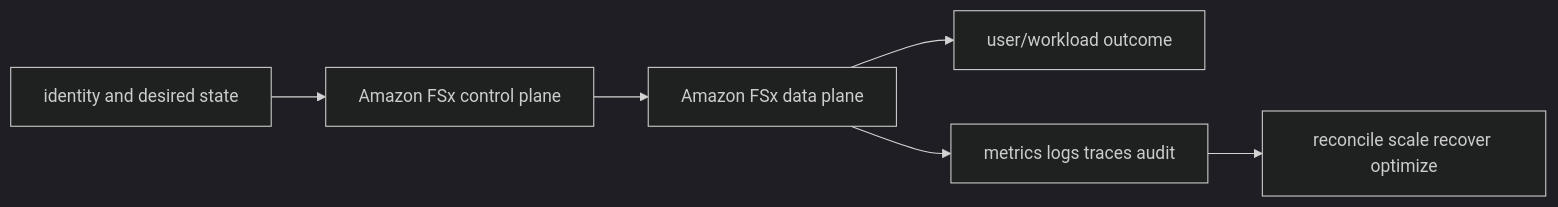
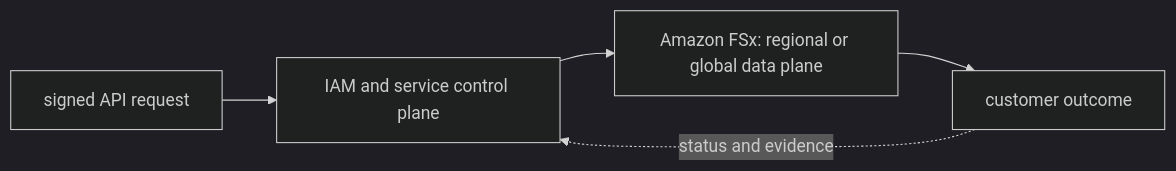
The diagram in 07-aws/05-storage/04-fsx/README.md (tomkidumbuyo/DevOps-interview-preparation), drawn with Mermaid (dark theme) before and after one commit. The commit also changed other lines of this file and 753 other files, not shown here.

````diff
--- a/07-aws/05-storage/04-fsx/README.md
+++ b/07-aws/05-storage/04-fsx/README.md
@@ -19,8 +31,7 @@
 ```mermaid
 flowchart LR
-  I[identity and desired state] --> C[Amazon FSx control plane]
-  C --> D[Amazon FSx data plane]
-  D --> U[user/workload outcome]
-  D --> O[metrics logs traces audit]
-  O --> R[reconcile scale recover optimize]
+  A["signed API request"] --> B["IAM and service control plane"]
+  B --> C["Amazon FSx: regional or global data plane"]
+  C --> D["customer outcome"]
+  D -. "status and evidence" .-> B
 ```
````
